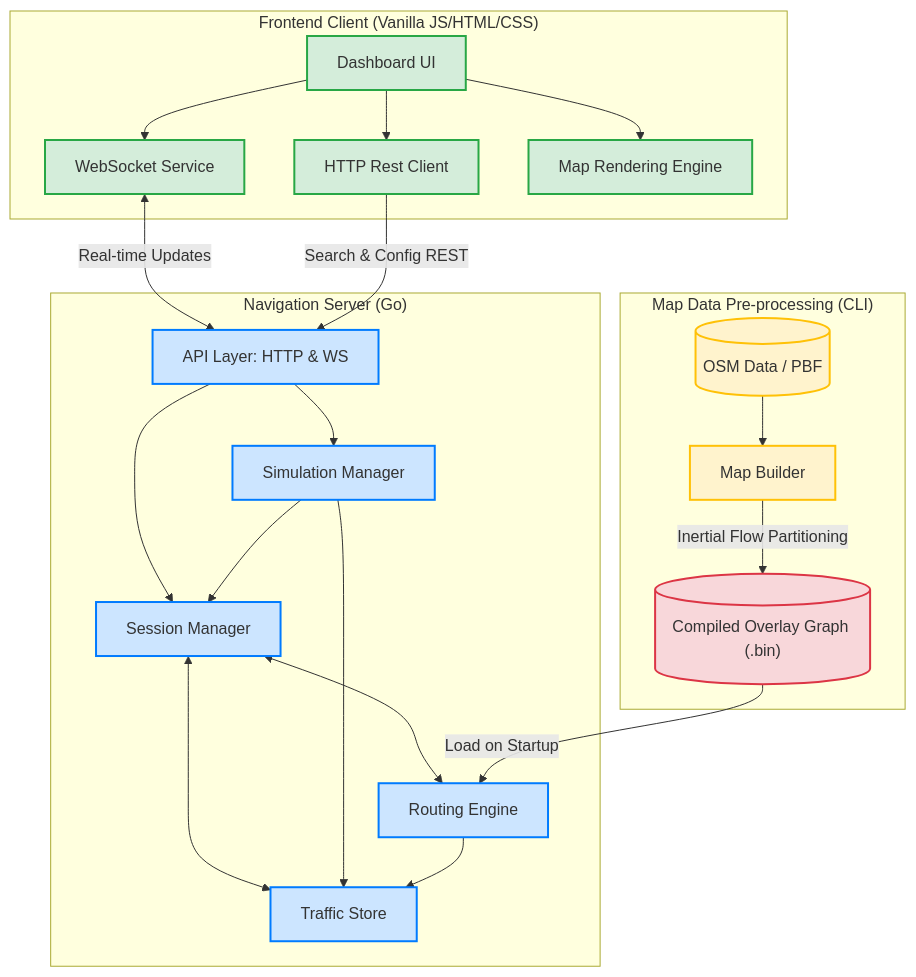
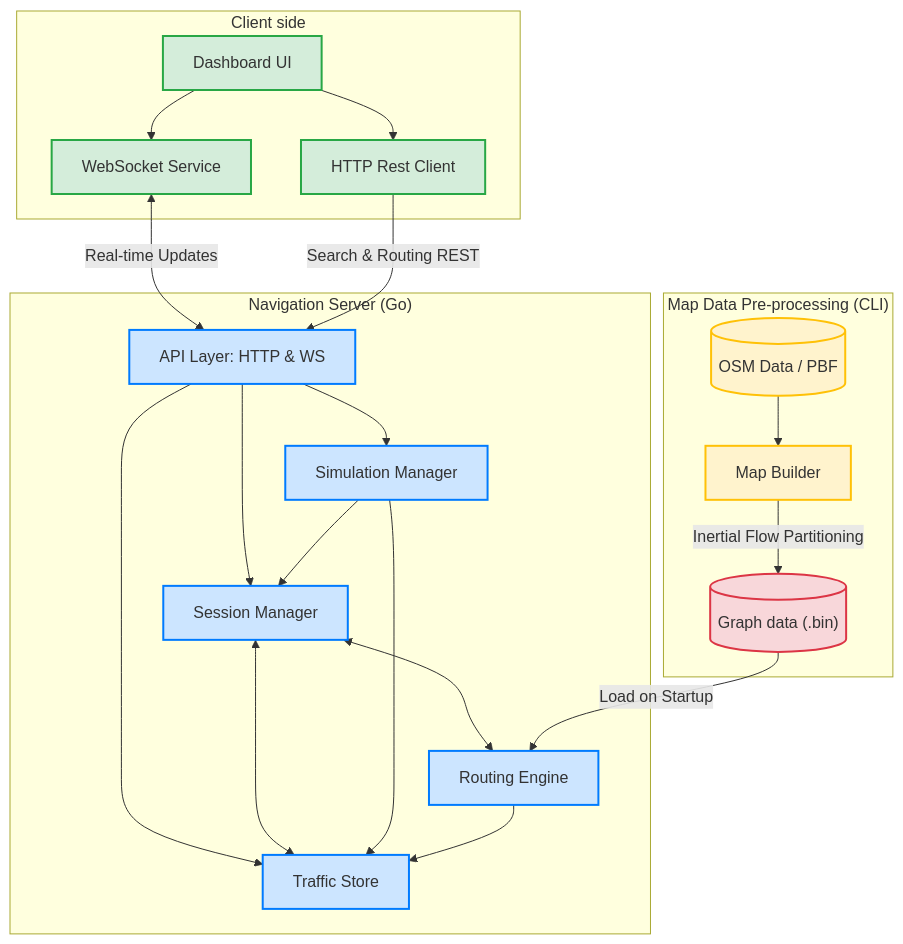
Before and after one commit to Eitan634180/Parallel-Waze-System-Project: the diagram in README.md, drawn with Mermaid.

````diff
--- a/README.md
+++ b/README.md
@@ -60,51 +60,50 @@
 ```mermaid
 graph TD
     classDef client fill:#d4edda,stroke:#28a745,stroke-width:2px;
     classDef server fill:#cce5ff,stroke:#007bff,stroke-width:2px;
     classDef preproc fill:#fff3cd,stroke:#ffc107,stroke-width:2px;
     classDef db fill:#f8d7da,stroke:#dc3545,stroke-width:2px;
 
-    subgraph "Frontend Client (Vanilla JS/HTML/CSS)"
+    subgraph "Client side"
         UI["Dashboard UI"]
         WS_Service["WebSocket Service"]
         HTTP_Service["HTTP Rest Client"]
-        MapRender["Map Rendering Engine"]
     end
 
     subgraph "Navigation Server (Go)"
         API["API Layer: HTTP & WS"]
         SessionMgr["Session Manager"]
         Routing["Routing Engine"]
         Traffic["Traffic Store"]
         Sim["Simulation Manager"]
     end
 
     subgraph "Map Data Pre-processing (CLI)"
         OSM[("OSM Data / PBF")]
         Builder["Map Builder"]
-        GraphDB[("Compiled Overlay Graph (.bin)")]
+        GraphDB[("Graph data (.bin)")]
     end
 
     UI --> WS_Service
     UI --> HTTP_Service
-    UI --> MapRender
     WS_Service <-->|Real-time Updates| API
-    HTTP_Service -->|Search & Config REST| API
+    HTTP_Service -->|Search & Routing REST| API
 
     API --> SessionMgr
     API --> Sim
+    API --> Traffic
     SessionMgr <--> Routing
     SessionMgr <--> Traffic
     Sim --> Traffic
     Sim --> SessionMgr
     Routing --> Traffic
 
     OSM --> Builder
     Builder -->|Inertial Flow Partitioning| GraphDB
     GraphDB -->|Load on Startup| Routing
 
-    class UI,WS_Service,HTTP_Service,MapRender client;
+    class UI,WS_Service,HTTP_Service, client;
     class API,SessionMgr,Routing,Traffic,Sim server;
     class OSM,Builder preproc;
     class GraphDB db;
 ```
````
